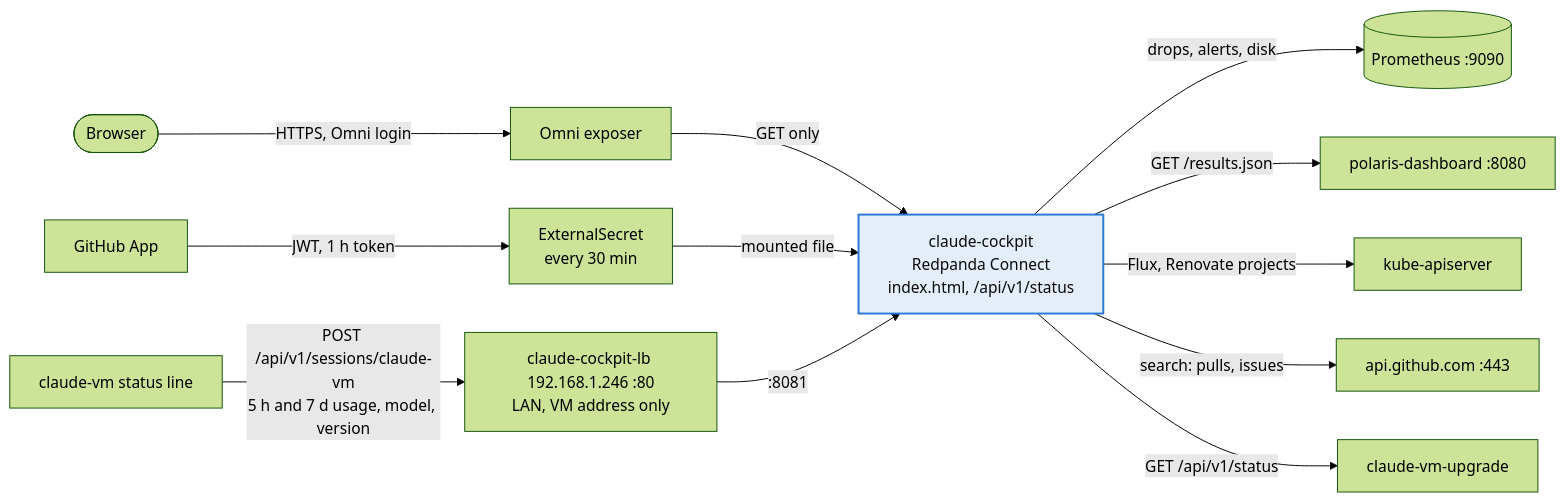
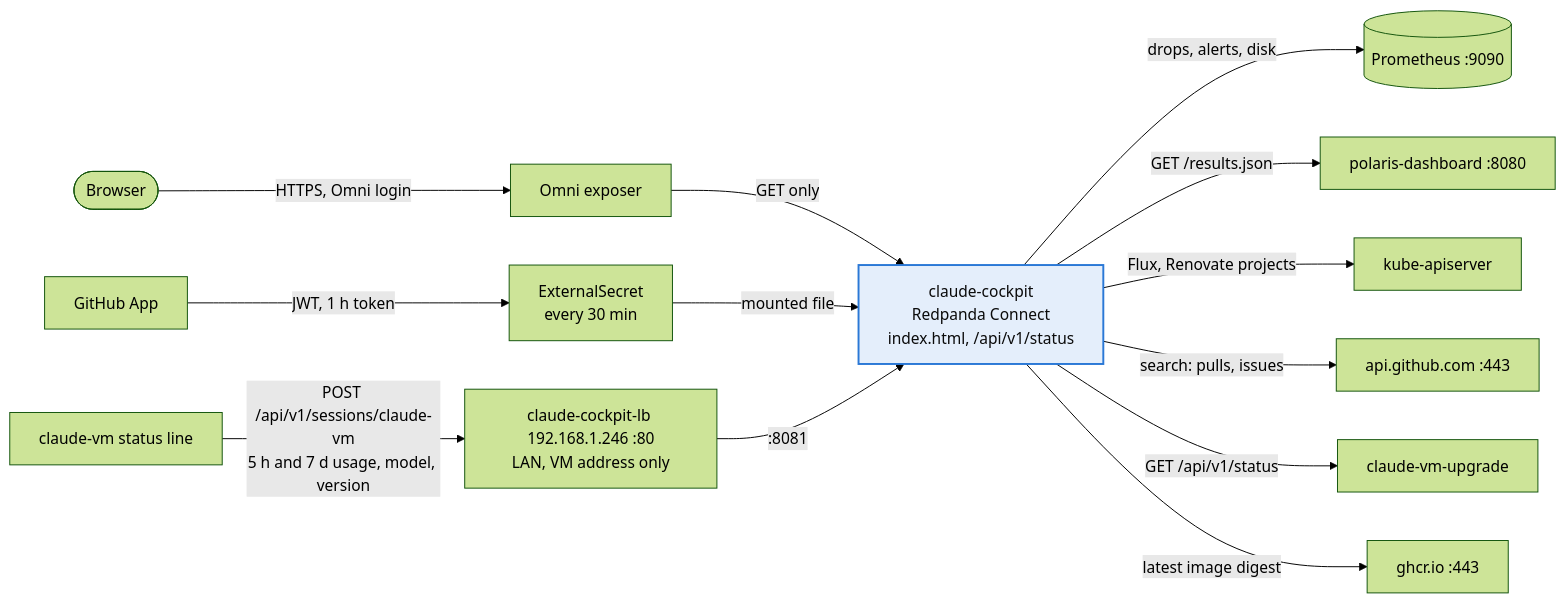
Before and after one commit to cthtrifork/talos-gitops: the third of 3 diagrams in k8s/apps/claude-system/README.md, drawn with Mermaid (forest theme). The commit also changed other lines of this file and 3 other files, not shown here.

Commit message:
feat(claude-system): show whether a VM has a newer image in the cockpit

````diff
--- a/k8s/apps/claude-system/README.md
+++ b/k8s/apps/claude-system/README.md
@@ -361,20 +361,21 @@
 ```mermaid
 flowchart LR
   you([Browser]) -->|HTTPS, Omni login| omni[Omni exposer]
   omni -->|GET only| cockpit["claude-cockpit<br/>Redpanda Connect<br/>index.html, /api/v1/status"]
 
   cockpit -->|"drops, alerts, disk"| prom[(Prometheus :9090)]
   cockpit -->|"GET /results.json"| polaris[polaris-dashboard :8080]
   cockpit -->|"Flux, Renovate projects"| api[kube-apiserver]
   cockpit -->|"search: pulls, issues"| gh[api.github.com :443]
 
   app[GitHub App] -->|"JWT, 1 h token"| es[ExternalSecret<br/>every 30 min]
   es -->|"mounted file"| cockpit
 
   cockpit -->|"GET /api/v1/status"| vmup[claude-vm-upgrade]
+  cockpit -->|"latest image digest"| ghcr[ghcr.io :443]
   vm[claude-vm status line] -->|"POST /api/v1/sessions/claude-vm<br/>5 h and 7 d usage, model, version"| lb["claude-cockpit-lb 192.168.1.246 :80<br/>LAN, VM address only"]
   lb -->|":8081"| cockpit
 
   classDef new fill:#e4eefb,stroke:#2a78d6,stroke-width:2px,color:#0b0b0b
   class cockpit new
 ```
````
